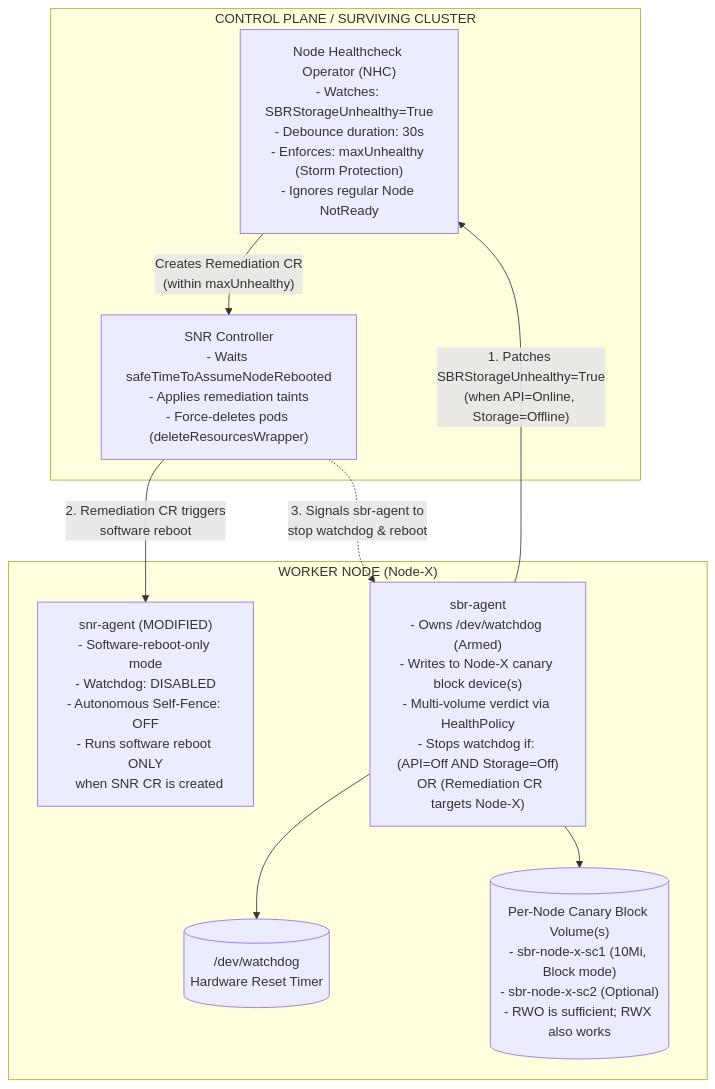
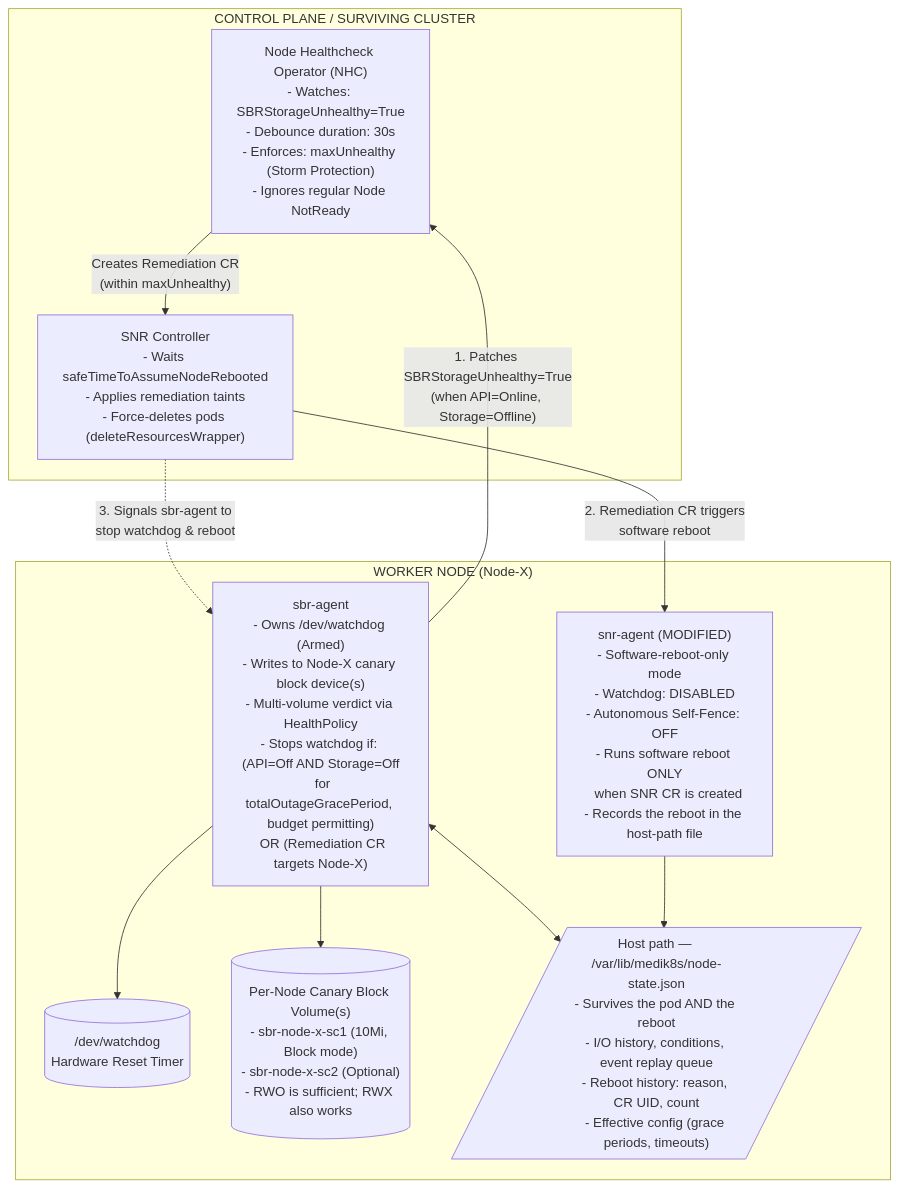
Before and after one commit to mpryc/storage-based-remediation: the third of 8 diagrams in docs/design/storage-arbitrated-remediation.md, drawn with Mermaid. The commit also changed other lines of this file, not shown here.

````diff
--- a/docs/design/storage-arbitrated-remediation.md
+++ b/docs/design/storage-arbitrated-remediation.md
@@ -222,22 +253,25 @@
 ```mermaid
 flowchart TB
   subgraph CP["CONTROL PLANE / SURVIVING CLUSTER"]
     NHC["Node Healthcheck Operator (NHC)<br/>- Watches: SBRStorageUnhealthy=True<br/>- Debounce duration: 30s<br/>- Enforces: maxUnhealthy (Storm Protection)<br/>- Ignores regular Node NotReady"]
     SNRC["SNR Controller<br/>- Waits safeTimeToAssumeNodeRebooted<br/>- Applies remediation taints<br/>- Force-deletes pods (deleteResourcesWrapper)"]
     NHC -- "Creates Remediation CR<br/>(within maxUnhealthy)" --> SNRC
   end
 
   subgraph NODE["WORKER NODE (Node-X)"]
-    SBR["sbr-agent<br/>- Owns /dev/watchdog (Armed)<br/>- Writes to Node-X canary block device(s)<br/>- Multi-volume verdict via HealthPolicy<br/>- Stops watchdog if: (API=Off AND Storage=Off)<br/>  OR (Remediation CR targets Node-X)"]
-    SNR["snr-agent (MODIFIED)<br/>- Software-reboot-only mode<br/>- Watchdog: DISABLED<br/>- Autonomous Self-Fence: OFF<br/>- Runs software reboot ONLY<br/>  when SNR CR is created"]
+    SBR["sbr-agent<br/>- Owns /dev/watchdog (Armed)<br/>- Writes to Node-X canary block device(s)<br/>- Multi-volume verdict via HealthPolicy<br/>- Stops watchdog if: (API=Off AND Storage=Off<br/>  for totalOutageGracePeriod, budget permitting)<br/>  OR (Remediation CR targets Node-X)"]
+    SNR["snr-agent (MODIFIED)<br/>- Software-reboot-only mode<br/>- Watchdog: DISABLED<br/>- Autonomous Self-Fence: OFF<br/>- Runs software reboot ONLY<br/>  when SNR CR is created<br/>- Records the reboot in the host-path file"]
     WD[("/dev/watchdog<br/>Hardware Reset Timer")]
     PVC[("Per-Node Canary Block Volume(s)<br/>- sbr-node-x-sc1 (10Mi, Block mode)<br/>- sbr-node-x-sc2 (Optional)<br/>- RWO is sufficient; RWX also works")]
+    HPF[/"Host path — /var/lib/medik8s/node-state.json<br/>- Survives the pod AND the reboot<br/>- I/O history, conditions, event replay queue<br/>- Reboot history: reason, CR UID, count<br/>- Effective config (grace periods, timeouts)"/]
 
     SBR --> WD
     SBR --> PVC
+    SBR <--> HPF
+    SNR --> HPF
   end
 
   SBR -- "1. Patches SBRStorageUnhealthy=True<br/>(when API=Online, Storage=Offline)" --> NHC
   SNRC -- "2. Remediation CR triggers<br/>software reboot" --> SNR
   SNRC -. "3. Signals sbr-agent to<br/>stop watchdog & reboot" .-> SBR
 ```
````
